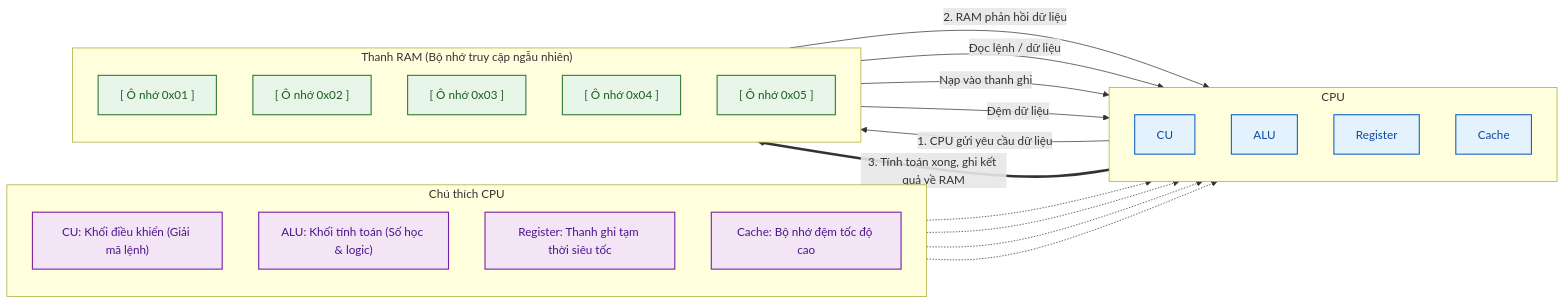
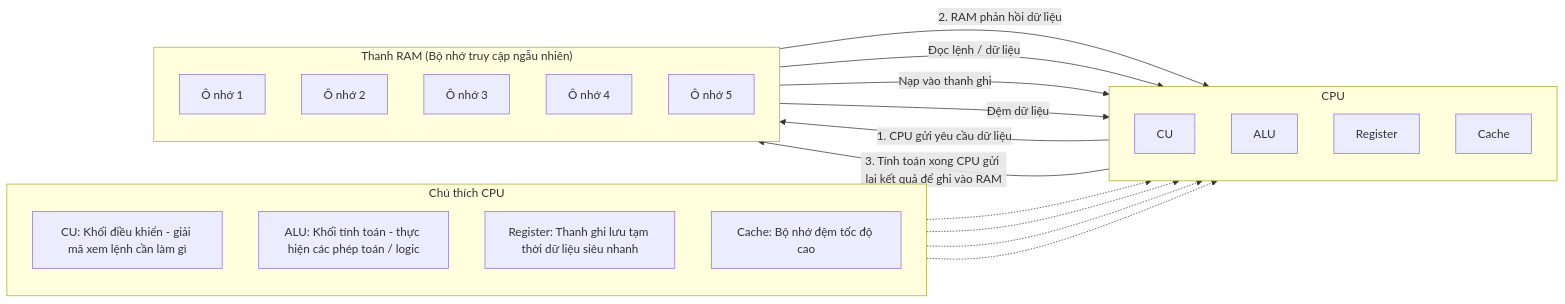
The second of 2 diagrams in OperatingSystem/OS_scratch/Concepts_OS/Intro_OS/Lession1.md (Duc-Lee/LLMserving_GPUoptimization), drawn with Mermaid before and after one commit. The commit also changed other lines of this file and 2 other files, not shown here.

Commit message:
Sua lai hinh  minh hoa OS

````diff
--- a/OperatingSystem/OS_scratch/Concepts_OS/Intro_OS/Lession1.md
+++ b/OperatingSystem/OS_scratch/Concepts_OS/Intro_OS/Lession1.md
@@ -59,44 +51,40 @@
 ```mermaid
 flowchart LR
-    classDef noteStyle fill:#f3e5f5,stroke:#7b1fa2,stroke-width:1.5px,color:#4a148c;
-    classDef cpuStyle fill:#e3f2fd,stroke:#1565c0,stroke-width:1.5px,color:#0d47a1;
-    classDef ramSlot fill:#e8f5e9,stroke:#2e7d32,stroke-width:1.5px,color:#1b5e20;
-
     subgraph Ghi_chu_CPU ["Chú thích CPU"]
         direction TB
-        C1["CU: Khối điều khiển (Giải mã lệnh)"]:::noteStyle
-        C2["ALU: Khối tính toán (Số học & logic)"]:::noteStyle
-        C3["Register: Thanh ghi tạm thời siêu tốc"]:::noteStyle
-        C4["Cache: Bộ nhớ đệm tốc độ cao"]:::noteStyle
+        C1["CU: Khối điều khiển - giải mã xem lệnh cần làm gì"]
+        C2["ALU: Khối tính toán - thực hiện các phép toán / logic"]
+        C3["Register: Thanh ghi lưu tạm thời dữ liệu siêu nhanh"]
+        C4["Cache: Bộ nhớ đệm tốc độ cao"]
     end
 
     subgraph CPU ["CPU"]
         direction TB
-        CU["CU"]:::cpuStyle
-        ALU["ALU"]:::cpuStyle
-        REG["Register"]:::cpuStyle
-        CACHE["Cache"]:::cpuStyle
+        CU["CU"]
+        ALU["ALU"]
+        REG["Register"]
+        CACHE["Cache"]
     end
 
     C1 -.-> CU
     C2 -.-> ALU
     C3 -.-> REG
     C4 -.-> CACHE
 
-    subgraph RAM_STICK ["Thanh RAM (Bộ nhớ truy cập ngẫu nhiên)"]
+    subgraph RAM ["Thanh RAM (Bộ nhớ truy cập ngẫu nhiên)"]
         direction TB
-        R1["[ Ô nhớ 0x01 ]"]:::ramSlot
-        R2["[ Ô nhớ 0x02 ]"]:::ramSlot
-        R3["[ Ô nhớ 0x03 ]"]:::ramSlot
-        R4["[ Ô nhớ 0x04 ]"]:::ramSlot
-        R5["[ Ô nhớ 0x05 ]"]:::ramSlot
+        R1["Ô nhớ 1"]
+        R2["Ô nhớ 2"]
+        R3["Ô nhớ 3"]
+        R4["Ô nhớ 4"]
+        R5["Ô nhớ 5"]
     end
 
-    CU -- "1. CPU gửi yêu cầu dữ liệu" --> RAM_STICK
-    RAM_STICK -- "2. RAM phản hồi dữ liệu" --> CU
-    RAM_STICK -- "Đọc lệnh / dữ liệu" --> ALU
-    RAM_STICK -- "Nạp vào thanh ghi" --> REG
-    RAM_STICK -- "Đệm dữ liệu" --> CACHE
+    CU -- "1. CPU gửi yêu cầu dữ liệu" --> RAM
+    RAM -- "2. RAM phản hồi dữ liệu" --> CU
+    RAM -- "Đọc lệnh / dữ liệu" --> ALU
+    RAM -- "Nạp vào thanh ghi" --> REG
+    RAM -- "Đệm dữ liệu" --> CACHE
 
-    CPU ==>|"3. Tính toán xong, ghi kết quả về RAM"| RAM_STICK
+    CPU --> |"3. Tính toán xong CPU gửi lại kết quả để ghi vào RAM"| RAM
 ```
````
